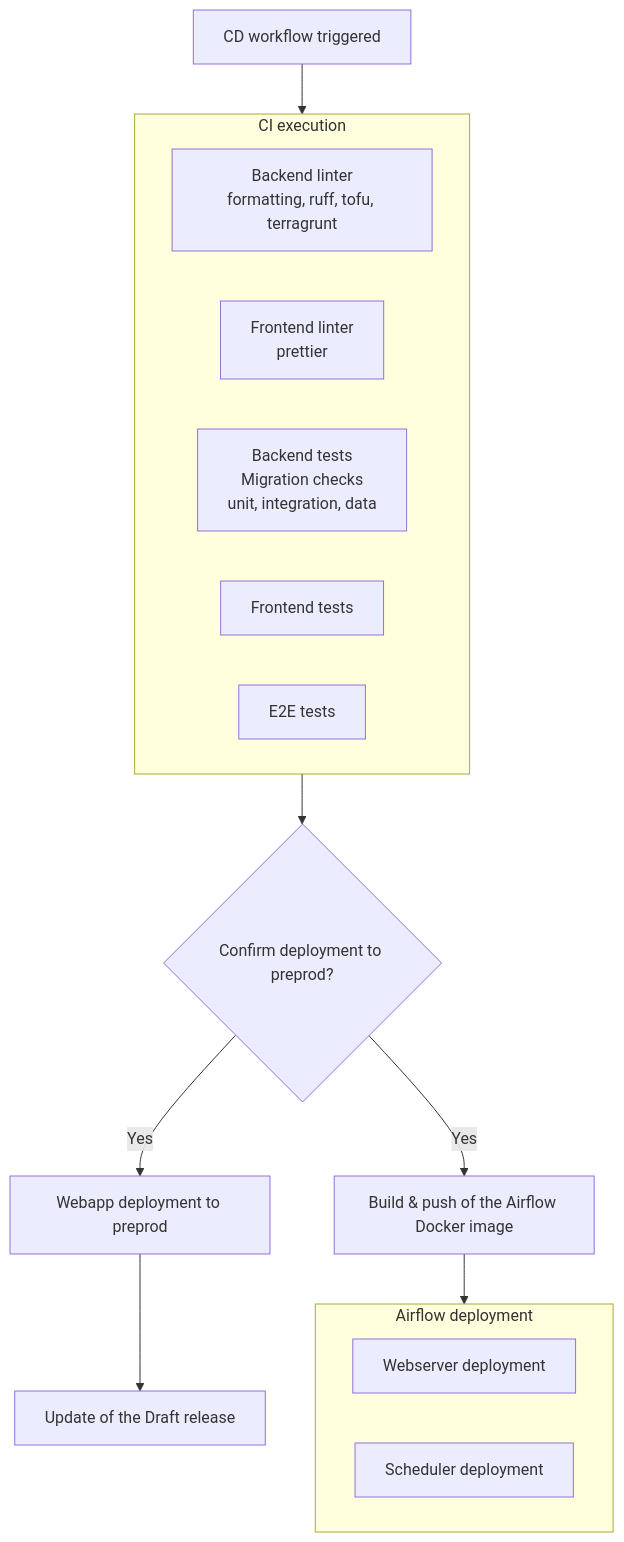
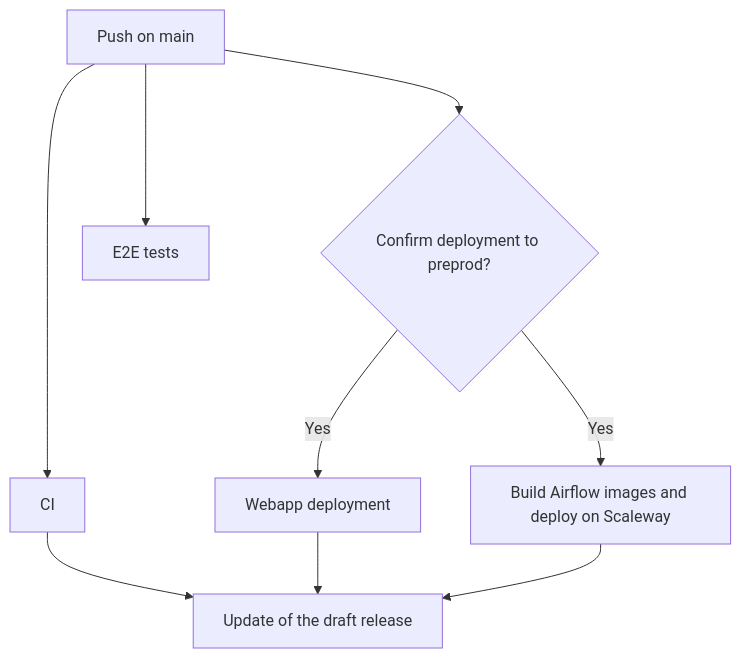
Before and after one commit to incubateur-ademe/quefairedemesobjets: the second of 3 diagrams in docs/reference/infrastructure/ci-cd.md, drawn with Mermaid. The commit also changed other lines of this file and 2 other files, not shown here.

First line of the commit message:
ci: deploy without waiting for CI

````diff
--- a/docs/reference/infrastructure/ci-cd.md
+++ b/docs/reference/infrastructure/ci-cd.md
@@ -74,23 +59,11 @@
 ```mermaid
 graph TD
-    B[CD workflow triggered] --> C
-
-    subgraph C["CI execution"]
-        C1[Backend linter<br/>formatting, ruff, tofu, terragrunt]
-        C2[Frontend linter<br/>prettier]
-        C3["Backend tests<br/>Migration checks<br/>unit, integration, data"]
-        C4[Frontend tests]
-        C5[E2E tests]
-    end
-
-    subgraph E[Airflow deployment]
-        E1[Webserver deployment]
-        E2[Scheduler deployment]
-    end
-
-    C --> D{Confirm deployment to preprod?}
-    D -->|Yes| F[Webapp deployment to preprod]
-    D -->|Yes| G[Build & push of the Airflow Docker image]
-    G --> E[Deployment of Airflow on Scaleway]
-    F --> H[Update of the Draft release]
+    A[Push on main] --> C[CI]
+    A --> W{Confirm deployment to preprod?}
+    W -->|Yes| F[Webapp deployment]
+    W -->|Yes| G[Build Airflow images and deploy on Scaleway]
+    A --> E[E2E tests]
+    C --> H[Update of the draft release]
+    F --> H
+    G --> H
 ```
````
